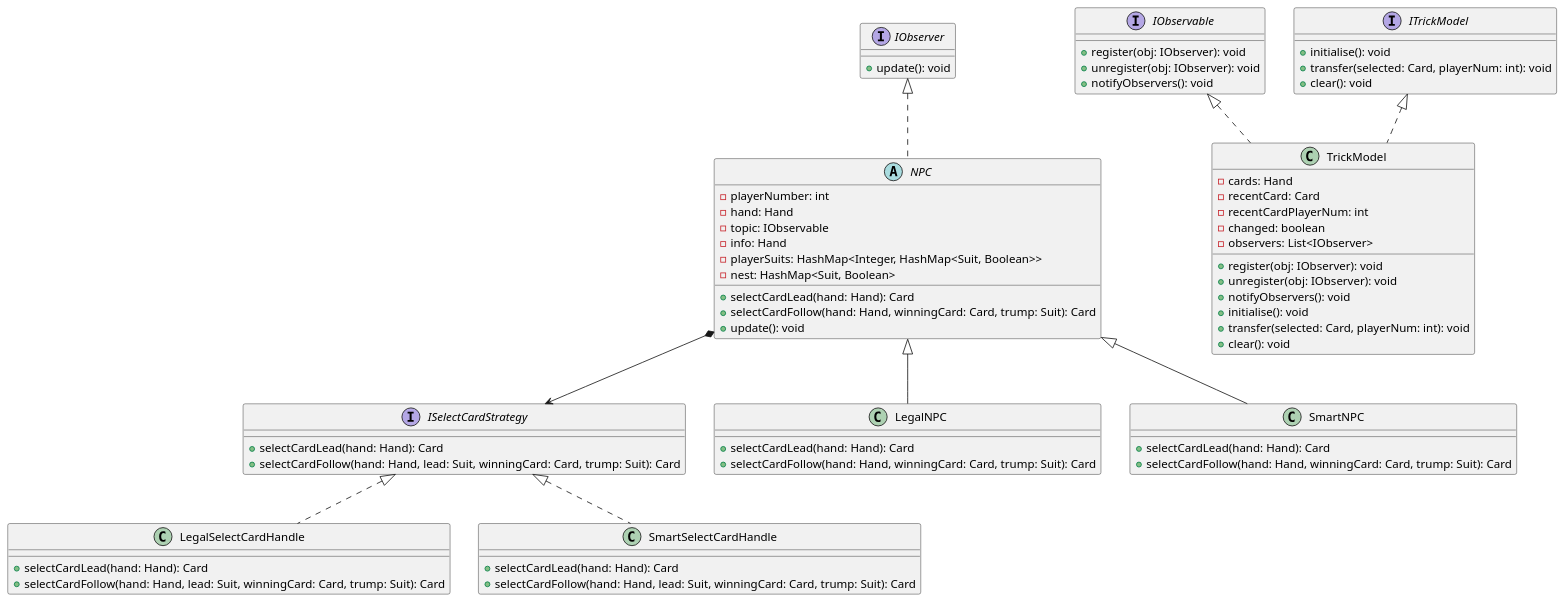
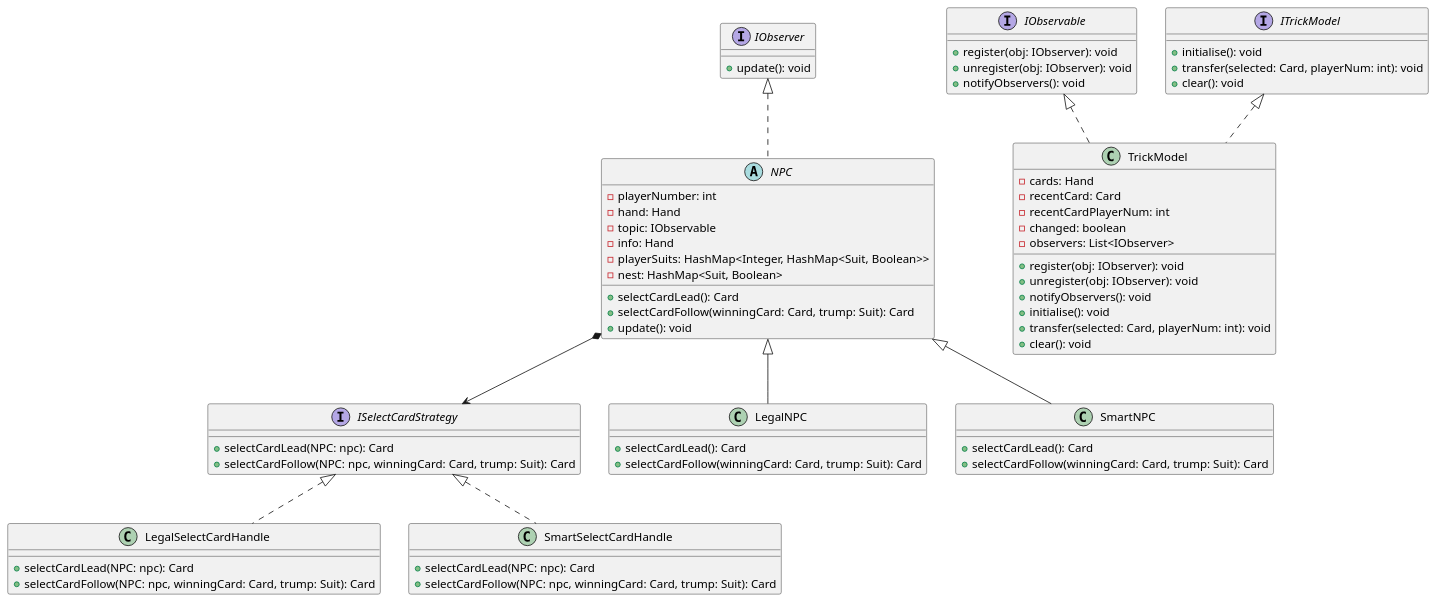
One commit to Haswf/Whist changed the diagram in uml/DesignClassDiagram.puml. Above: the diagram before and after it, drawn with PlantUML.

Commit message:
uml updated

```diff
--- a/uml/DesignClassDiagram.puml
+++ b/uml/DesignClassDiagram.puml
@@ -1,75 +1,75 @@
 @startuml
 
 abstract class NPC implements IObserver {
     - playerNumber: int
     - hand: Hand
     - topic: IObservable
     - info: Hand
     - playerSuits: HashMap<Integer, HashMap<Suit, Boolean>>
     - nest: HashMap<Suit, Boolean>
 
-    + selectCardLead(hand: Hand): Card
-    + selectCardFollow(hand: Hand, winningCard: Card, trump: Suit): Card
+    + selectCardLead(): Card
+    + selectCardFollow(winningCard: Card, trump: Suit): Card
     + update(): void
 }
 NPC *--> ISelectCardStrategy
 
 class LegalNPC extends NPC {
-    + selectCardLead(hand: Hand): Card
-    + selectCardFollow(hand: Hand, winningCard: Card, trump: Suit): Card
+    + selectCardLead(): Card
+    + selectCardFollow(winningCard: Card, trump: Suit): Card
 }
 
 
 class SmartNPC extends NPC {
-     + selectCardLead(hand: Hand): Card
-     + selectCardFollow(hand: Hand, winningCard: Card, trump: Suit): Card
+     + selectCardLead(): Card
+     + selectCardFollow(winningCard: Card, trump: Suit): Card
 }
 
 interface ISelectCardStrategy {
-    + selectCardLead(hand: Hand): Card
-    + selectCardFollow(hand: Hand, lead: Suit, winningCard: Card, trump: Suit): Card
+    + selectCardLead(NPC: npc): Card
+    + selectCardFollow(NPC: npc, winningCard: Card, trump: Suit): Card
 }
 
 class LegalSelectCardHandle implements ISelectCardStrategy{
-    + selectCardLead(hand: Hand): Card
-    + selectCardFollow(hand: Hand, lead: Suit, winningCard: Card, trump: Suit): Card
+    + selectCardLead(NPC: npc): Card
+    + selectCardFollow(NPC: npc, winningCard: Card, trump: Suit): Card
 }
 
 class SmartSelectCardHandle implements ISelectCardStrategy{
-    + selectCardLead(hand: Hand): Card
-    + selectCardFollow(hand: Hand, lead: Suit, winningCard: Card, trump: Suit): Card
+    + selectCardLead(NPC: npc): Card
+    + selectCardFollow(NPC: npc, winningCard: Card, trump: Suit): Card
 }
 
 interface IObserver {
     + update(): void
 }
 
 interface IObservable {
     + register(obj: IObserver): void
     + unregister(obj: IObserver): void
     + notifyObservers(): void
 }
 
 interface ITrickModel {
     + initialise(): void
     + transfer(selected: Card, playerNum: int): void
     + clear(): void
 }
 
 class TrickModel implements IObservable, ITrickModel{
     - cards: Hand
     - recentCard: Card
     - recentCardPlayerNum: int
     - changed: boolean
     - observers: List<IObserver>
 
     + register(obj: IObserver): void
     + unregister(obj: IObserver): void
     + notifyObservers(): void
     + initialise(): void
     + transfer(selected: Card, playerNum: int): void
     + clear(): void
 }
 
 
 @enduml
```
